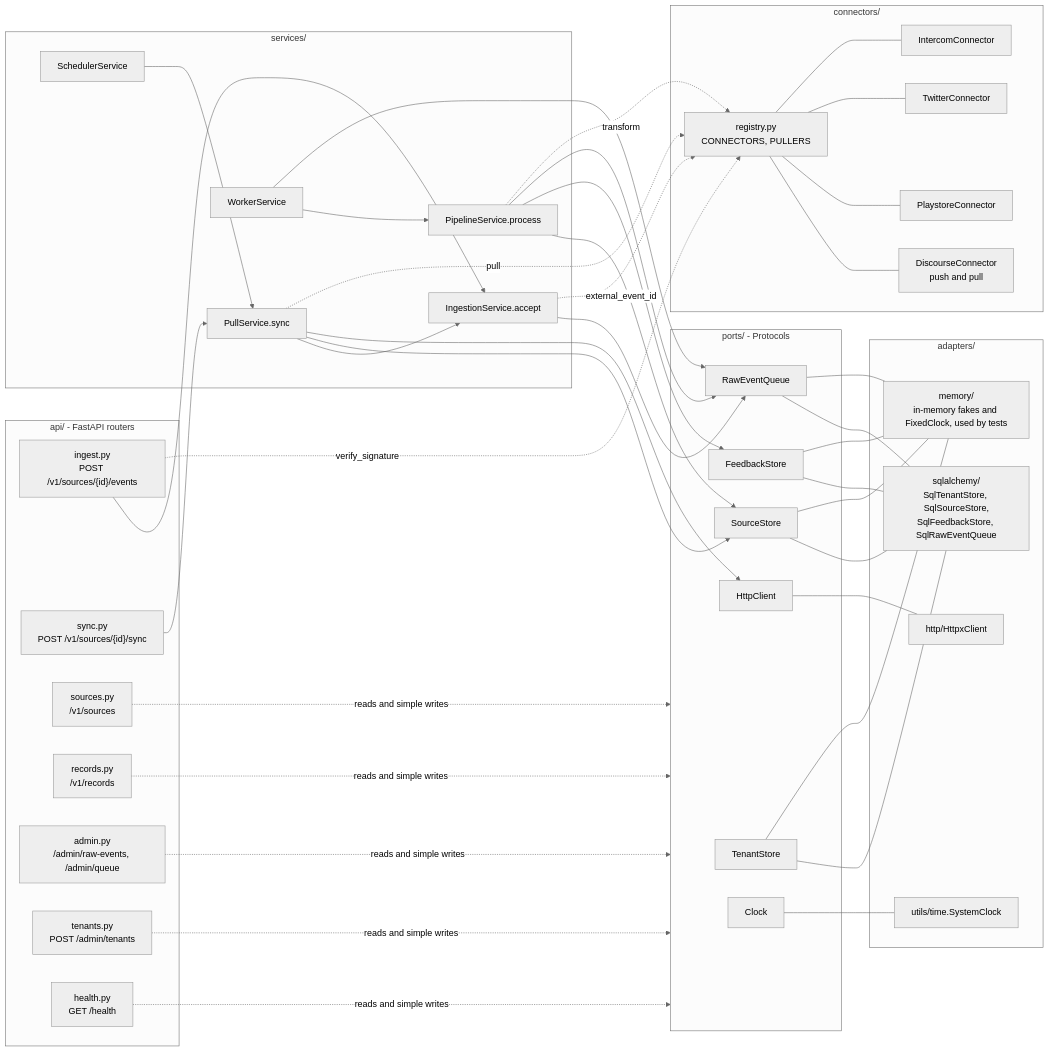
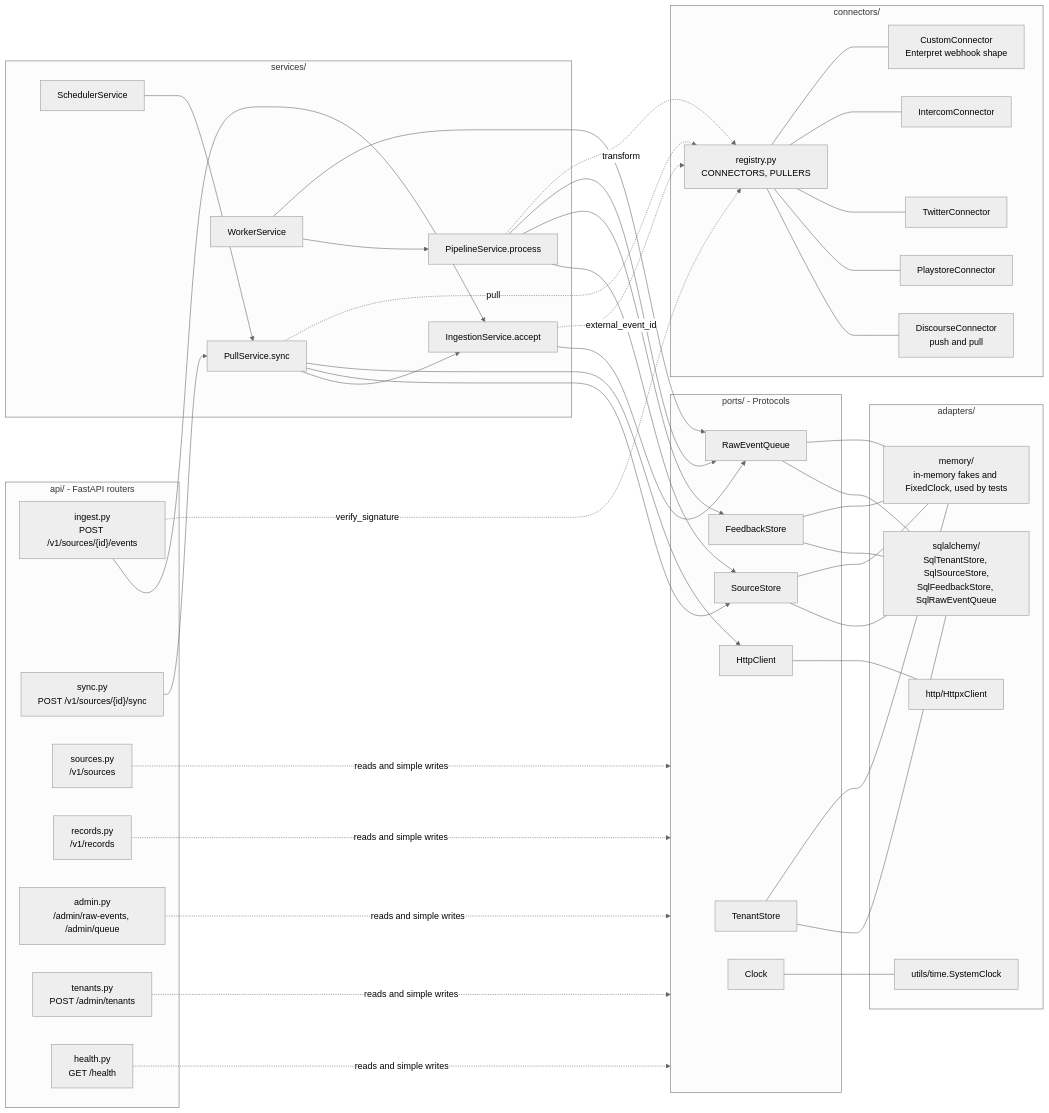
One commit to regalmoix/feedback-ingest changed the first of 5 diagrams in docs/00_architecture.md. Above: the diagram before and after it, drawn with Mermaid (neutral theme). The commit also changed other lines of this file and 5 other files, not shown here.

First line of the commit message:
docs: custom connector as the add-a-source worked example, demo story

````diff
--- a/docs/00_architecture.md
+++ b/docs/00_architecture.md
@@ -54,67 +54,68 @@
 ```mermaid
 flowchart LR
   subgraph API["api/ - FastAPI routers"]
     ingest["ingest.py<br/>POST /v1/sources/{id}/events"]
     sync["sync.py<br/>POST /v1/sources/{id}/sync"]
     sources["sources.py<br/>/v1/sources"]
     records["records.py<br/>/v1/records"]
     admin["admin.py<br/>/admin/raw-events, /admin/queue"]
     tenants["tenants.py<br/>POST /admin/tenants"]
     health["health.py<br/>GET /health"]
   end
 
   subgraph SVC["services/"]
     ING["IngestionService.accept"]
     PULL["PullService.sync"]
     SCHED["SchedulerService"]
     WORK["WorkerService"]
     PIPE["PipelineService.process"]
   end
 
   subgraph CON["connectors/"]
     REG["registry.py<br/>CONNECTORS, PULLERS"]
     DIS["DiscourseConnector<br/>push and pull"]
     PLAY["PlaystoreConnector"]
     TW["TwitterConnector"]
     IC["IntercomConnector"]
+    CUS["CustomConnector<br/>Enterpret webhook shape"]
   end
 
   subgraph PORTS["ports/ - Protocols"]
     TS["TenantStore"]
     SS["SourceStore"]
     FS["FeedbackStore"]
     Q["RawEventQueue"]
     HTTP["HttpClient"]
     CLK["Clock"]
   end
 
   subgraph ADP["adapters/"]
     SQL["sqlalchemy/<br/>SqlTenantStore, SqlSourceStore,<br/>SqlFeedbackStore, SqlRawEventQueue"]
     HX["http/HttpxClient"]
     MEM["memory/<br/>in-memory fakes and FixedClock, used by tests"]
     SYS["utils/time.SystemClock"]
   end
 
   ingest --> ING
   sync --> PULL
   SCHED --> PULL
   PULL --> ING
   WORK --> PIPE
   sources & records & admin & tenants & health -.->|reads and simple writes| PORTS
   ING --> Q
   PULL --> SS
   PULL --> HTTP
   WORK --> Q
   PIPE --> SS
   PIPE --> FS
   PIPE --> Q
   ingest -.->|verify_signature| REG
   ING -.->|external_event_id| REG
   PULL -.->|pull| REG
   PIPE -.->|transform| REG
-  REG --- DIS & PLAY & TW & IC
+  REG --- DIS & PLAY & TW & IC & CUS
   TS & SS & FS & Q --- SQL
   TS & SS & FS & Q --- MEM
   HTTP --- HX
   CLK --- SYS
 ```
````
